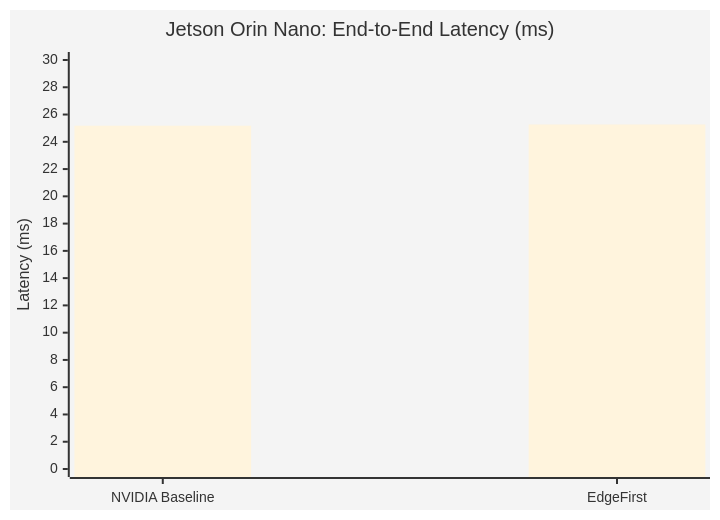
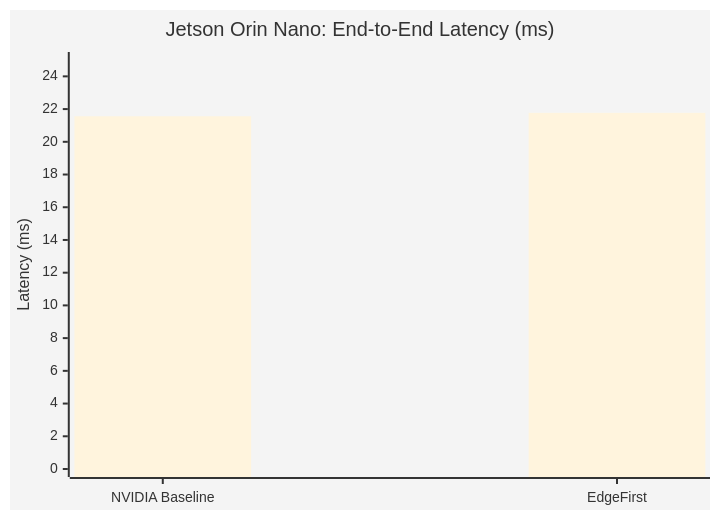
One commit to EdgeFirstAI/nanosam changed the third of 4 diagrams in BENCHMARKS.md. Above: the diagram before and after it, drawn with Mermaid. The commit also changed other lines of this file, not shown here.

````diff
--- a/BENCHMARKS.md
+++ b/BENCHMARKS.md
@@ -167,8 +167,8 @@
 ```mermaid
 %%{init: {'theme': 'base', 'themeVariables': {'primaryColor': '#76b900'}}}%%
 xychart-beta
     title "Jetson Orin Nano: End-to-End Latency (ms)"
     x-axis ["NVIDIA Baseline", "EdgeFirst"]
-    y-axis "Latency (ms)" 0 --> 30
-    bar [25.18, 25.27]
+    y-axis "Latency (ms)" 0 --> 25
+    bar [21.56, 21.77]
 ```
````
